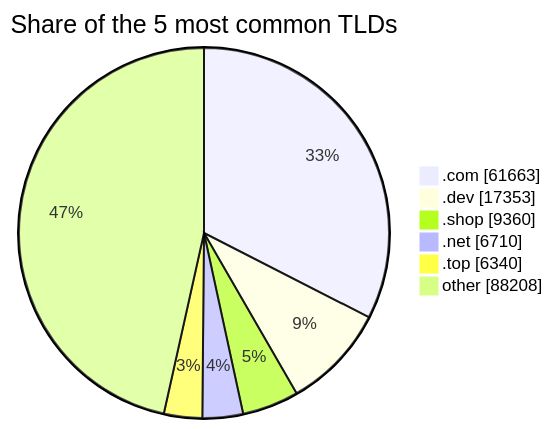
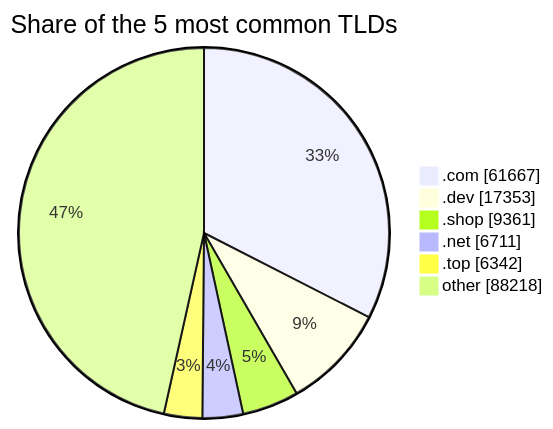
Before and after one commit to DNSBunker/CTI: the third of 3 diagrams in README.md, drawn with Mermaid. The commit also changed other lines of this file and 3 other files, not shown here.

````diff
--- a/README.md
+++ b/README.md
@@ -81,9 +81,9 @@
 ```mermaid
 pie showData title Share of the 5 most common TLDs
-    ".com" : 61663
+    ".com" : 61667
     ".dev" : 17353
-    ".shop" : 9360
-    ".net" : 6710
-    ".top" : 6340
-    "other" : 88208
+    ".shop" : 9361
+    ".net" : 6711
+    ".top" : 6342
+    "other" : 88218
 ```
````
